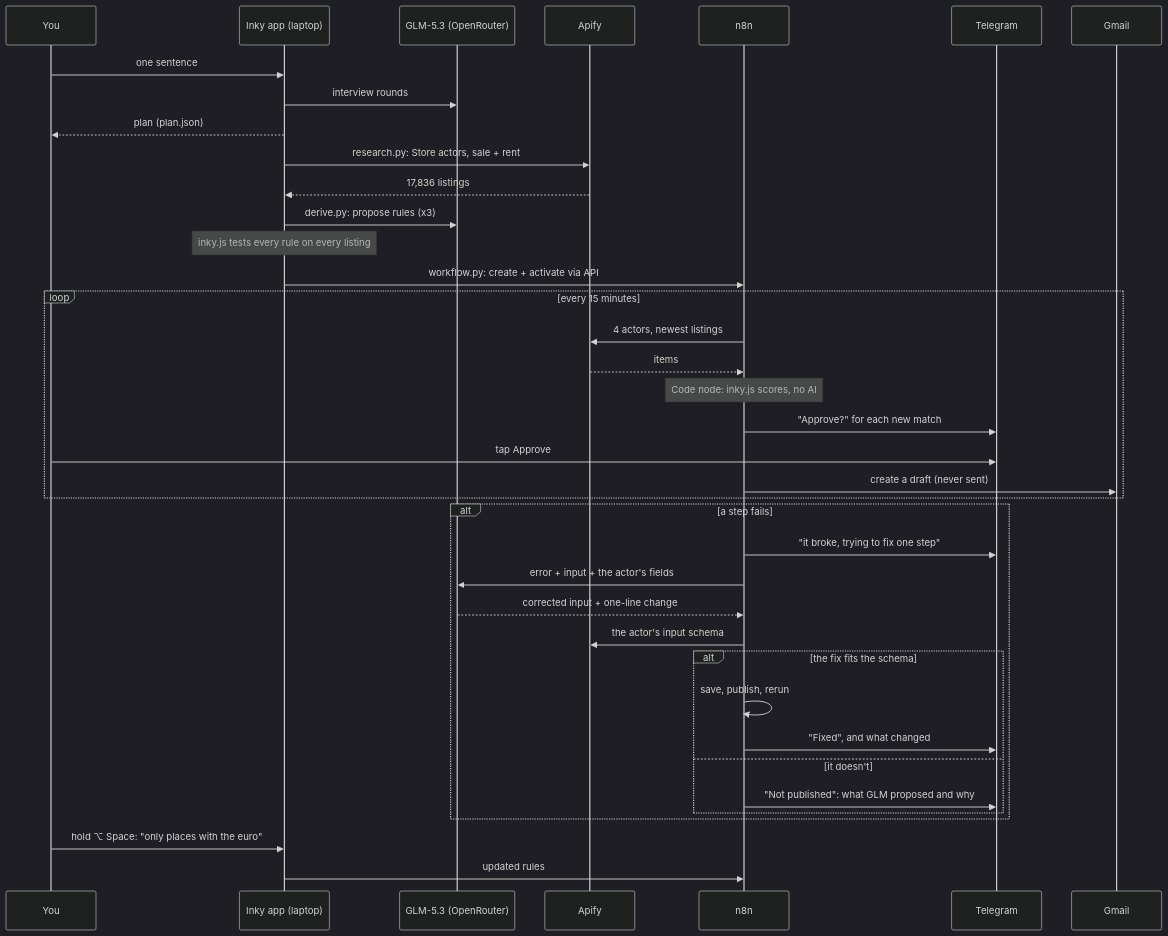
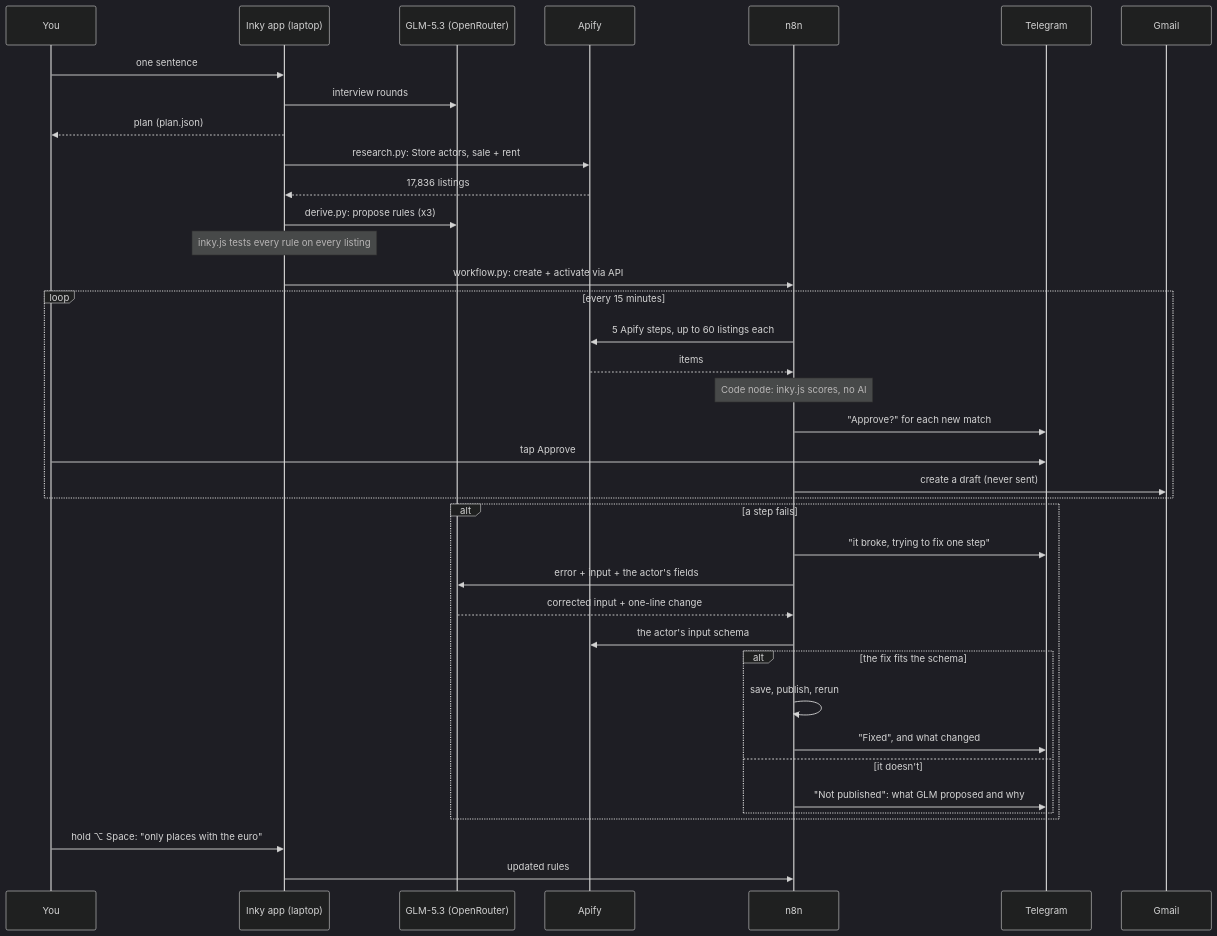
Before and after one commit to GHGuide/inky: the diagram in docs/architecture.md, drawn with Mermaid (dark theme). The commit also changed other lines of this file and 11 other files, not shown here.

````diff
--- a/docs/architecture.md
+++ b/docs/architecture.md
@@ -24,40 +24,40 @@
 ```mermaid
 sequenceDiagram
   participant You
   participant App as Inky app (laptop)
   participant GLM as GLM-5.3 (OpenRouter)
   participant Apify
   participant n8n
   participant TG as Telegram
   participant Gmail
   You->>App: one sentence
   App->>GLM: interview rounds
   App-->>You: plan (plan.json)
   App->>Apify: research.py: Store actors, sale + rent
   Apify-->>App: 17,836 listings
   App->>GLM: derive.py: propose rules (x3)
   Note over App: inky.js tests every rule on every listing
   App->>n8n: workflow.py: create + activate via API
   loop every 15 minutes
-    n8n->>Apify: 4 actors, newest listings
+    n8n->>Apify: 5 Apify steps, up to 60 listings each
     Apify-->>n8n: items
     Note over n8n: Code node: inky.js scores, no AI
     n8n->>TG: "Approve?" for each new match
     You->>TG: tap Approve
     n8n->>Gmail: create a draft (never sent)
   end
   alt a step fails
     n8n->>TG: "it broke, trying to fix one step"
     n8n->>GLM: error + input + the actor's fields
     GLM-->>n8n: corrected input + one-line change
     n8n->>Apify: the actor's input schema
     alt the fix fits the schema
       n8n->>n8n: save, publish, rerun
       n8n->>TG: "Fixed", and what changed
     else it doesn't
       n8n->>TG: "Not published": what GLM proposed and why
     end
   end
   You->>App: hold ⌥ Space: "only places with the euro"
   App->>n8n: updated rules
 ```
````
